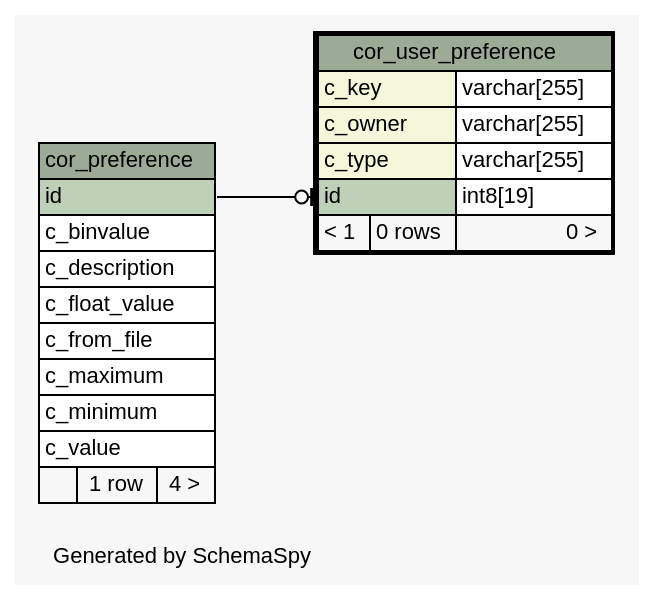
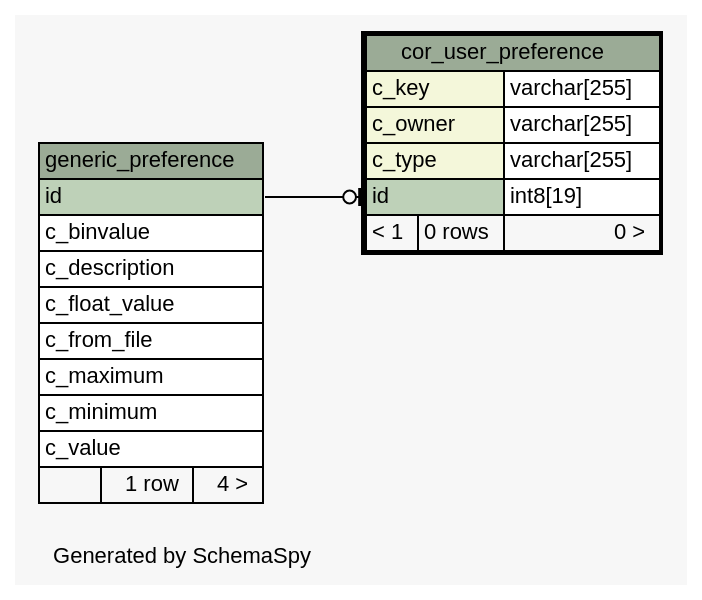
The diagram in schemaspy/diagrams/cor_user_preference.1degree.dot (openwms/org.openwms.core.preferences.lib), drawn with Graphviz before and after one commit. The commit also changed 270 other files, not shown here.

```diff
--- a/schemaspy/diagrams/cor_user_preference.1degree.dot
+++ b/schemaspy/diagrams/cor_user_preference.1degree.dot
@@ -1,53 +1,53 @@
-// dot 2.38.0 on Linux 4.15.0-1037-gcp
+// dot 2.36.0 on Linux 4.4.0-101-generic
 // SchemaSpy rev Unknown
 digraph "oneDegreeRelationshipsDiagram" {
   graph [
     rankdir="RL"
     bgcolor="#f7f7f7"
     label="\nGenerated by SchemaSpy"
     labeljust="l"
     nodesep="0.18"
     ranksep="0.46"
     fontname="Helvetica"
     fontsize="11"
   ];
   node [
     fontname="Helvetica"
     fontsize="11"
     shape="plaintext"
   ];
   edge [
     arrowsize="0.8"
   ];
-  "cor_user_preference":"id":w -> "cor_preference":"id":e [arrowhead=none dir=back arrowtail=teeodot];
-  "cor_preference" [
-    label=<
-    <TABLE BORDER="0" CELLBORDER="1" CELLSPACING="0" BGCOLOR="#ffffff">
-      <TR><TD COLSPAN="3" BGCOLOR="#9bab96" ALIGN="CENTER">cor_preference</TD></TR>
-      <TR><TD PORT="id" COLSPAN="3" BGCOLOR="#bed1b8" ALIGN="LEFT">id</TD></TR>
-      <TR><TD PORT="c_binvalue" COLSPAN="3" ALIGN="LEFT">c_binvalue</TD></TR>
-      <TR><TD PORT="c_description" COLSPAN="3" ALIGN="LEFT">c_description</TD></TR>
-      <TR><TD PORT="c_float_value" COLSPAN="3" ALIGN="LEFT">c_float_value</TD></TR>
-      <TR><TD PORT="c_from_file" COLSPAN="3" ALIGN="LEFT">c_from_file</TD></TR>
-      <TR><TD PORT="c_maximum" COLSPAN="3" ALIGN="LEFT">c_maximum</TD></TR>
-      <TR><TD PORT="c_minimum" COLSPAN="3" ALIGN="LEFT">c_minimum</TD></TR>
-      <TR><TD PORT="c_value" COLSPAN="3" ALIGN="LEFT">c_value</TD></TR>
-      <TR><TD ALIGN="LEFT" BGCOLOR="#f7f7f7">  </TD><TD ALIGN="RIGHT" BGCOLOR="#f7f7f7">1 row</TD><TD ALIGN="RIGHT" BGCOLOR="#f7f7f7">4 &gt;</TD></TR>
-    </TABLE>>
-    URL="cor_preference.html"
-    tooltip="cor_preference"
-  ];
+  "cor_user_preference":"id":w -> "generic_preference":"id":e [arrowhead=none dir=back arrowtail=teeodot];
   "cor_user_preference" [
     label=<
     <TABLE BORDER="2" CELLBORDER="1" CELLSPACING="0" BGCOLOR="#ffffff">
       <TR><TD COLSPAN="3" BGCOLOR="#9bab96" ALIGN="CENTER">cor_user_preference</TD></TR>
       <TR><TD PORT="c_key" COLSPAN="2" BGCOLOR="#f4f7da" ALIGN="LEFT">c_key</TD><TD PORT="c_key.type" ALIGN="LEFT">varchar[255]</TD></TR>
       <TR><TD PORT="c_owner" COLSPAN="2" BGCOLOR="#f4f7da" ALIGN="LEFT">c_owner</TD><TD PORT="c_owner.type" ALIGN="LEFT">varchar[255]</TD></TR>
       <TR><TD PORT="c_type" COLSPAN="2" BGCOLOR="#f4f7da" ALIGN="LEFT">c_type</TD><TD PORT="c_type.type" ALIGN="LEFT">varchar[255]</TD></TR>
       <TR><TD PORT="id" COLSPAN="2" BGCOLOR="#bed1b8" ALIGN="LEFT">id</TD><TD PORT="id.type" ALIGN="LEFT">int8[19]</TD></TR>
       <TR><TD ALIGN="LEFT" BGCOLOR="#f7f7f7">&lt; 1</TD><TD ALIGN="RIGHT" BGCOLOR="#f7f7f7">0 rows</TD><TD ALIGN="RIGHT" BGCOLOR="#f7f7f7">0 &gt;</TD></TR>
     </TABLE>>
     URL="cor_user_preference.html"
     tooltip="cor_user_preference"
   ];
+  "generic_preference" [
+    label=<
+    <TABLE BORDER="0" CELLBORDER="1" CELLSPACING="0" BGCOLOR="#ffffff">
+      <TR><TD COLSPAN="3" BGCOLOR="#9bab96" ALIGN="CENTER">generic_preference</TD></TR>
+      <TR><TD PORT="id" COLSPAN="3" BGCOLOR="#bed1b8" ALIGN="LEFT">id</TD></TR>
+      <TR><TD PORT="c_binvalue" COLSPAN="3" ALIGN="LEFT">c_binvalue</TD></TR>
+      <TR><TD PORT="c_description" COLSPAN="3" ALIGN="LEFT">c_description</TD></TR>
+      <TR><TD PORT="c_float_value" COLSPAN="3" ALIGN="LEFT">c_float_value</TD></TR>
+      <TR><TD PORT="c_from_file" COLSPAN="3" ALIGN="LEFT">c_from_file</TD></TR>
+      <TR><TD PORT="c_maximum" COLSPAN="3" ALIGN="LEFT">c_maximum</TD></TR>
+      <TR><TD PORT="c_minimum" COLSPAN="3" ALIGN="LEFT">c_minimum</TD></TR>
+      <TR><TD PORT="c_value" COLSPAN="3" ALIGN="LEFT">c_value</TD></TR>
+      <TR><TD ALIGN="LEFT" BGCOLOR="#f7f7f7">  </TD><TD ALIGN="RIGHT" BGCOLOR="#f7f7f7">1 row</TD><TD ALIGN="RIGHT" BGCOLOR="#f7f7f7">4 &gt;</TD></TR>
+    </TABLE>>
+    URL="generic_preference.html"
+    tooltip="generic_preference"
+  ];
 }
```
